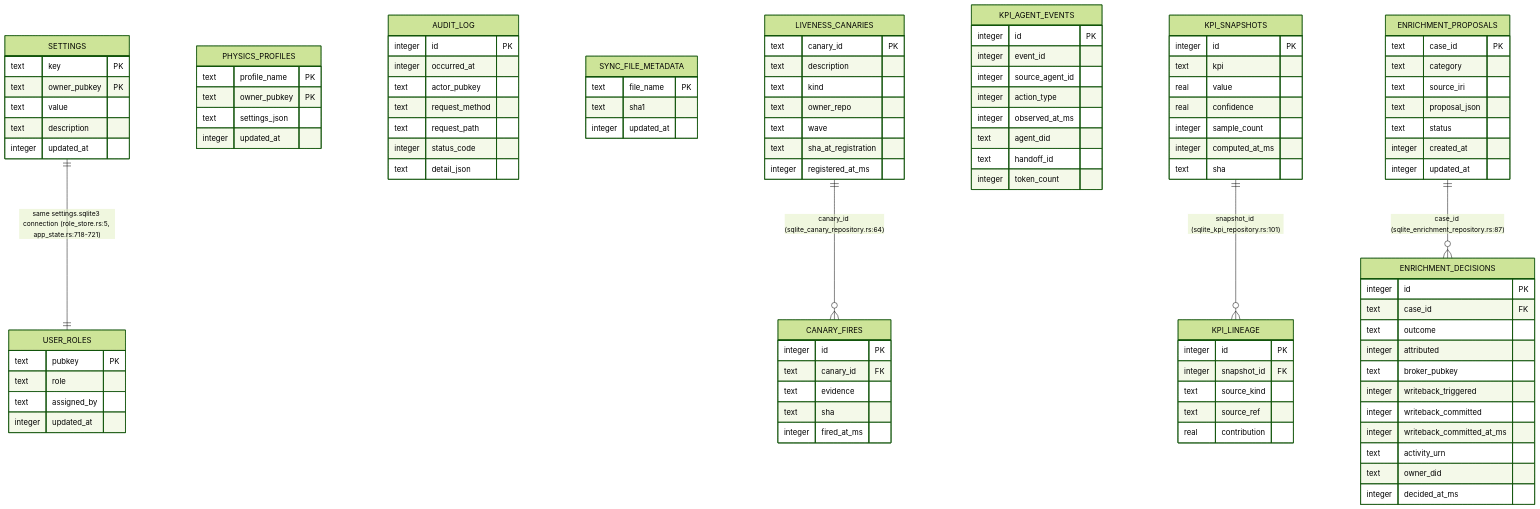
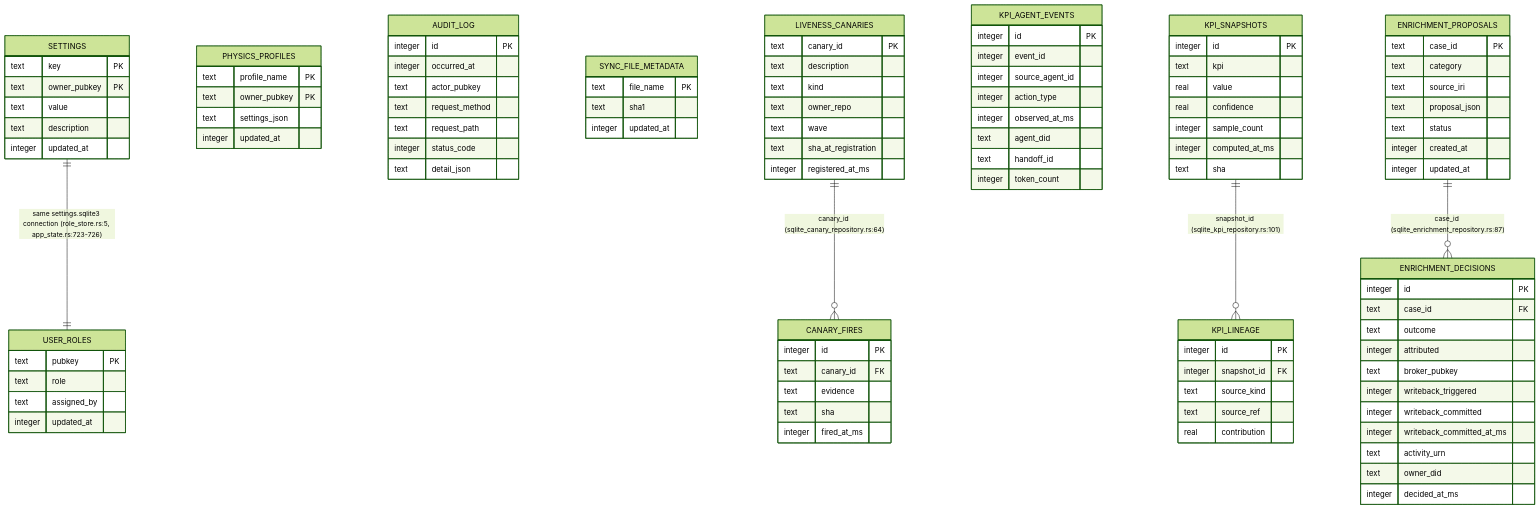
Before and after one commit to DreamLab-AI/AR-AI-Knowledge-Graph: the second of 11 diagrams in docs/diagrams/visionclaw/22-data-authority-provenance-erasure.md, drawn with Mermaid (forest theme). The commit also changed other lines of this file and 73 other files, not shown here.

First line of the commit message:
docs(diagrams): re-verify all 71 topic files against HEAD; add --cite-check

````diff
--- a/docs/diagrams/visionclaw/22-data-authority-provenance-erasure.md
+++ b/docs/diagrams/visionclaw/22-data-authority-provenance-erasure.md
@@ -175,5 +175,5 @@
     ENRICHMENT_PROPOSALS ||--o{ ENRICHMENT_DECISIONS : "case_id (sqlite_enrichment_repository.rs:87)"
     LIVENESS_CANARIES ||--o{ CANARY_FIRES : "canary_id (sqlite_canary_repository.rs:64)"
     KPI_SNAPSHOTS ||--o{ KPI_LINEAGE : "snapshot_id (sqlite_kpi_repository.rs:101)"
-    SETTINGS ||--|| USER_ROLES : "same settings.sqlite3 connection (role_store.rs:5, app_state.rs:718-721)"
+    SETTINGS ||--|| USER_ROLES : "same settings.sqlite3 connection (role_store.rs:5, app_state.rs:723-726)"
 ```
````
